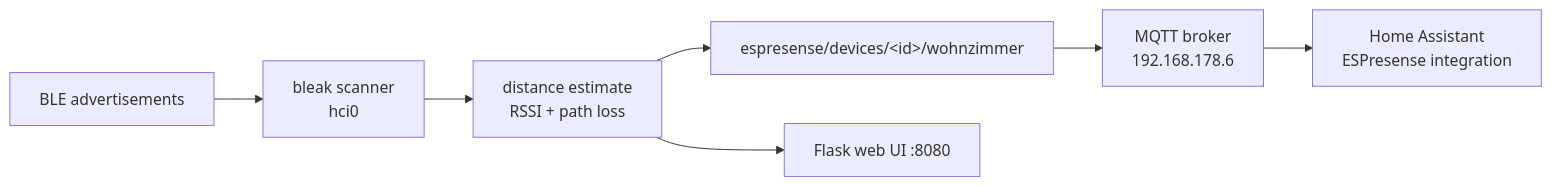
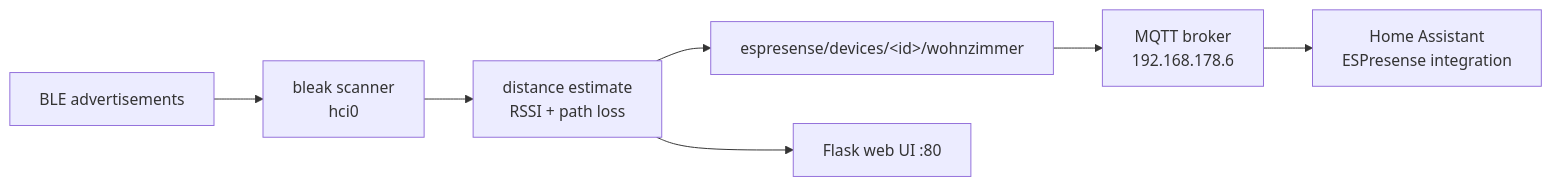
Before and after one commit to dev-ath0m/pi-homeassistant-wallpanel: the diagram in ESPRESENSE_PI_SETUP.md, drawn with Mermaid. The commit also changed other lines of this file, not shown here.

````diff
--- a/ESPRESENSE_PI_SETUP.md
+++ b/ESPRESENSE_PI_SETUP.md
@@ -31,9 +31,9 @@
 ```mermaid
 flowchart LR
     A[BLE advertisements] --> B[bleak scanner<br/>hci0]
     B --> C[distance estimate<br/>RSSI + path loss]
     C --> D[espresense/devices/&lt;id&gt;/wohnzimmer]
-    C --> E[Flask web UI :8080]
+    C --> E[Flask web UI :80]
     D --> F[MQTT broker<br/>192.168.178.6]
     F --> G[Home Assistant<br/>ESPresense integration]
 ```
````
